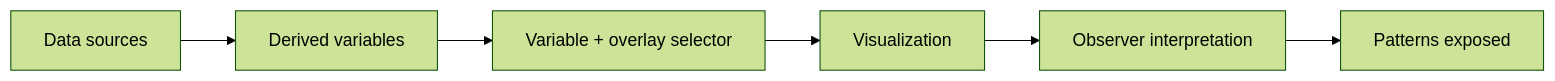
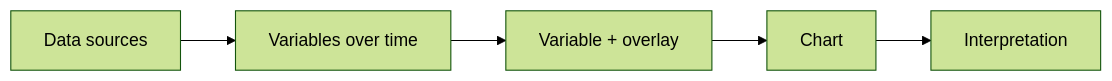
One commit to Lizo-RoadTown/tapestry changed the diagram in apps/docs-site/src/content/docs/observatory/about.md. Above: the diagram before and after it, drawn with Mermaid (forest theme). The commit also changed other lines of this file and 5 other files, not shown here.

````diff
--- a/apps/docs-site/src/content/docs/observatory/about.md
+++ b/apps/docs-site/src/content/docs/observatory/about.md
@@ -20,8 +20,7 @@
 ```mermaid
 flowchart LR
-    DS[Data sources] --> DV[Derived variables]
-    DV --> SEL[Variable + overlay selector]
-    SEL --> VIZ[Visualization]
-    VIZ --> INT[Observer interpretation]
-    INT --> PAT[Patterns exposed]
+    DS[Data sources] --> DV[Variables over time]
+    DV --> SEL[Variable + overlay]
+    SEL --> VIZ[Chart]
+    VIZ --> INT[Interpretation]
 ```
````
